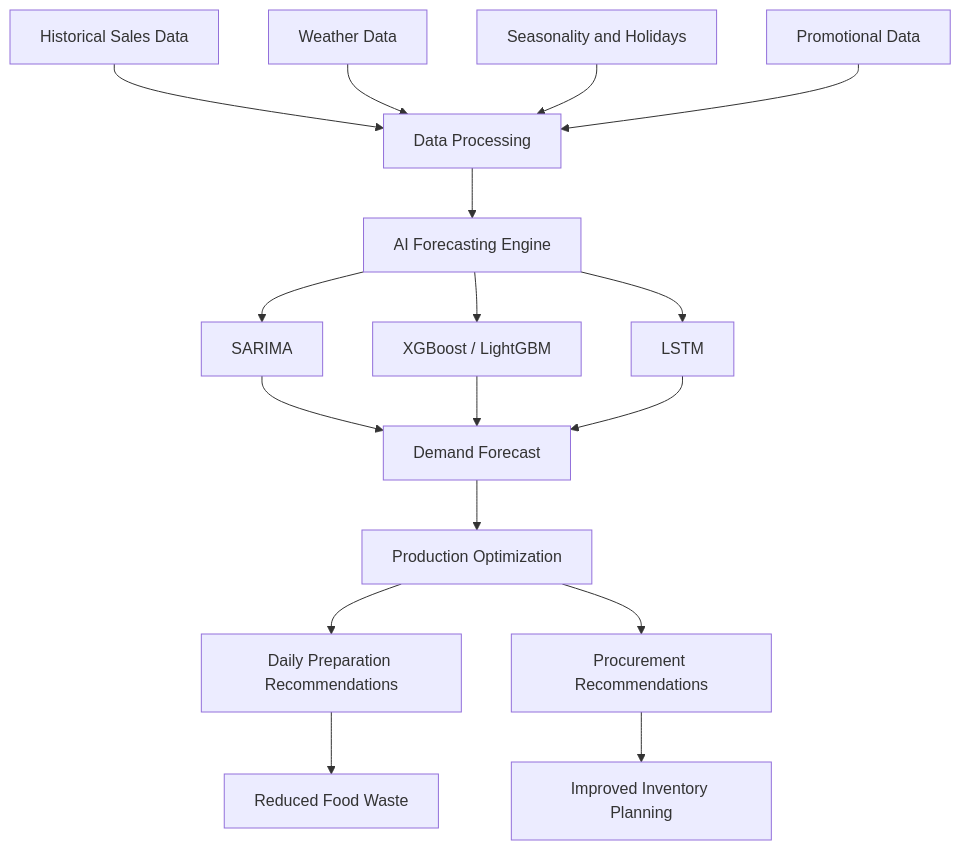
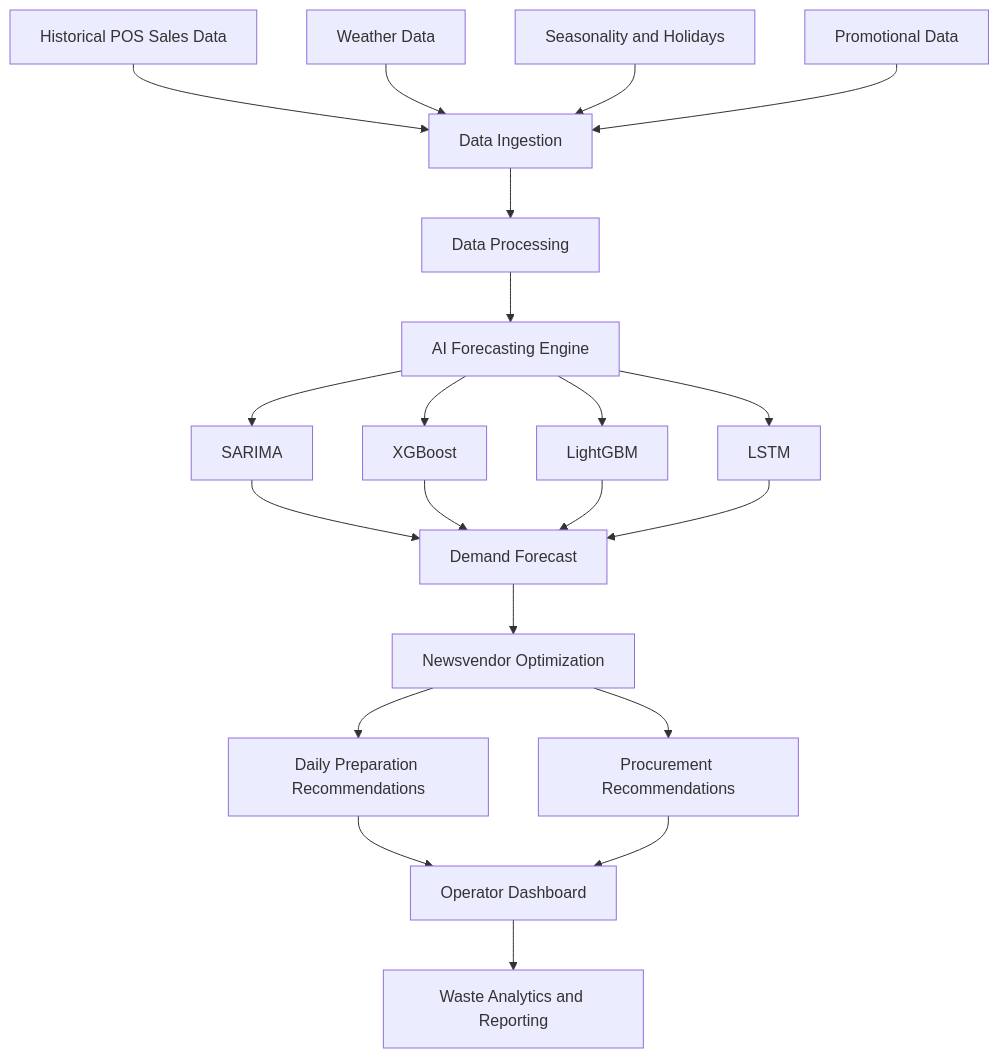
One commit to Manojkumarleburu-ai/Forecastiq-demand-forecasting changed the first of 6 diagrams in README.md. Above: the diagram before and after it, drawn with Mermaid. The commit also changed other lines of this file, not shown here.

````diff
--- a/README.md
+++ b/README.md
@@ -18,23 +32,29 @@
 ```mermaid
 flowchart TD
-    A["Historical Sales Data"] --> E["Data Processing"]
+    A["Historical POS Sales Data"] --> E["Data Ingestion"]
     B["Weather Data"] --> E
     C["Seasonality and Holidays"] --> E
     D["Promotional Data"] --> E
 
-    E --> F["AI Forecasting Engine"]
-    F --> G["SARIMA"]
-    F --> H["XGBoost / LightGBM"]
-    F --> I["LSTM"]
+    E --> F["Data Processing"]
+    F --> G["AI Forecasting Engine"]
 
-    G --> J["Demand Forecast"]
-    H --> J
-    I --> J
+    G --> H["SARIMA"]
+    G --> I["XGBoost"]
+    G --> J["LightGBM"]
+    G --> K["LSTM"]
 
-    J --> K["Production Optimization"]
-    K --> L["Daily Preparation Recommendations"]
-    K --> M["Procurement Recommendations"]
+    H --> L["Demand Forecast"]
+    I --> L
+    J --> L
+    K --> L
 
-    L --> N["Reduced Food Waste"]
-    M --> O["Improved Inventory Planning"]
+    L --> M["Newsvendor Optimization"]
+    M --> N["Daily Preparation Recommendations"]
+    M --> O["Procurement Recommendations"]
+
+    N --> P["Operator Dashboard"]
+    O --> P
+
+    P --> Q["Waste Analytics and Reporting"]
 ```
````
